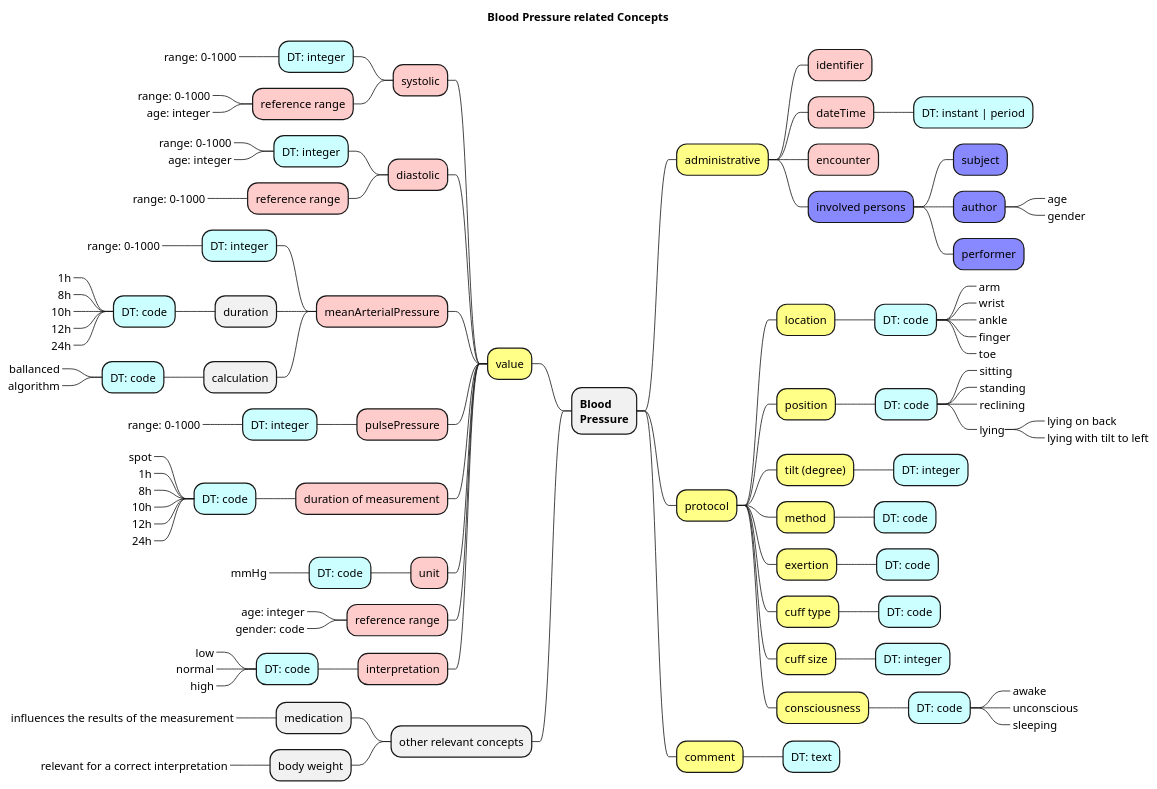
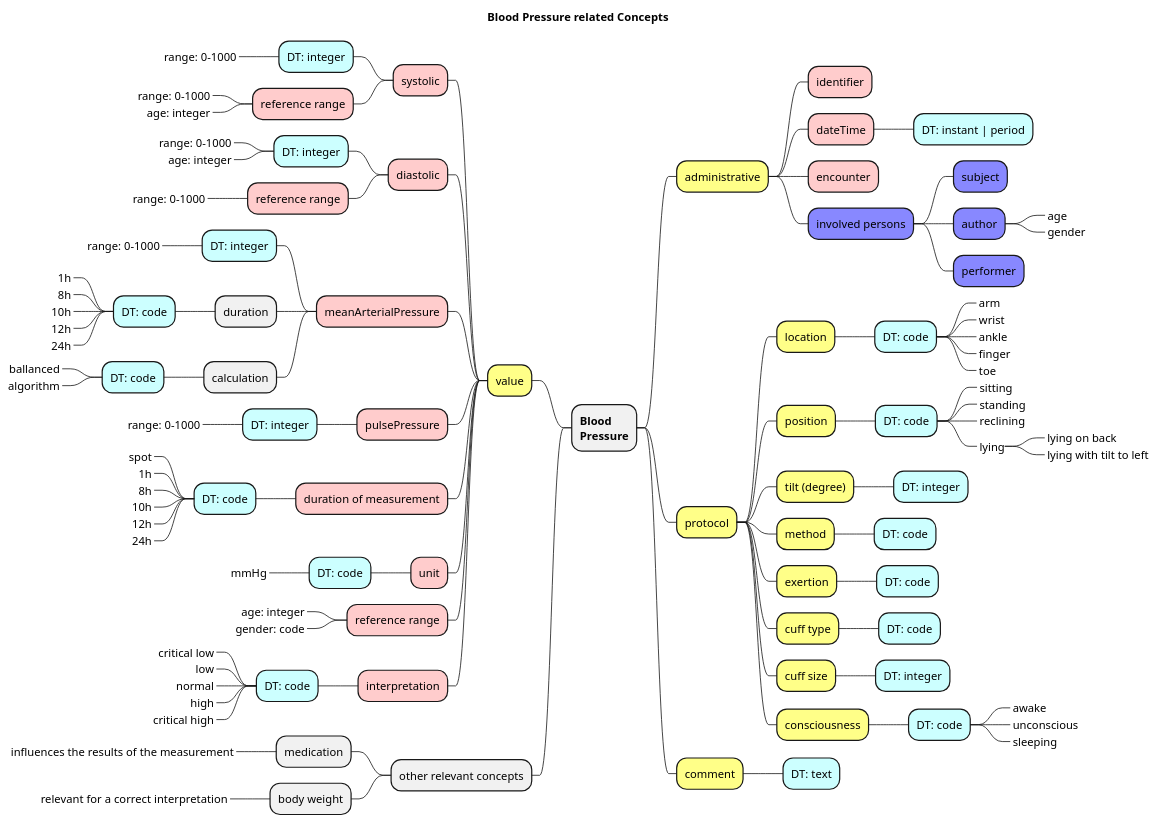
The diagram in input/images-source/bloodpressure_mm.plantuml (frankoemig/vital-signs-demo), drawn with PlantUML before and after one commit. The commit also changed 16 other files, not shown here.

```diff
--- a/input/images-source/bloodpressure_mm.plantuml
+++ b/input/images-source/bloodpressure_mm.plantuml
@@ -1,112 +1,114 @@
 @startmindmap
 
 skinparam svgDimensionStyle false
 
 title Blood Pressure related Concepts
 
 + **Blood** \n**Pressure**
 --[#ff8] value
 ---[#fcc] systolic
 ----[#cff] DT: integer
 -----_ range: 0-1000
 ----[#fcc] reference range
 -----_ range: 0-1000
 -----_ age: integer
 ---[#fcc] diastolic
 ----[#cff] DT: integer
 -----_ range: 0-1000
 -----_ age: integer
 ----[#fcc] reference range
 -----_ range: 0-1000
 ---[#fcc] meanArterialPressure
 ----[#cff] DT: integer
 -----_ range: 0-1000
 ---- duration
 -----[#cff] DT: code
 ------_ 1h
 ------_ 8h
 ------_ 10h
 ------_ 12h
 ------_ 24h
 ---- calculation
 -----[#cff] DT: code
 ------_ ballanced
 ------_ algorithm
 ---[#fcc] pulsePressure
 ----[#cff] DT: integer
 -----_ range: 0-1000
 ---[#fcc] duration of measurement
 ----[#cff] DT: code
 -----_ spot
 -----_ 1h
 -----_ 8h
 -----_ 10h
 -----_ 12h
 -----_ 24h
 ---[#fcc] unit
 ----[#cff] DT: code
 -----_ mmHg
 ---[#fcc] reference range
 ----_ age: integer
 ----_ gender: code
 ---[#fcc] interpretation
 ----[#cff] DT: code
+-----_ critical low
 -----_ low
 -----_ normal
 -----_ high
+-----_ critical high
 
 -- other relevant concepts
 --- medication
 ----_ influences the results of the measurement
 --- body weight
 ----_ relevant for a correct interpretation
 
 ++[#ff8] administrative
 +++[#fcc] identifier
 +++[#fcc] dateTime
 ++++[#cff] DT: instant | period
 +++[#fcc] encounter
 
 +++[#88f] involved persons
 ++++[#88f] subject
 ++++[#88f] author
 +++++_ age
 +++++_ gender
 ++++[#88f] performer
 
 ++[#ff8] protocol
 +++[#ff8] location
 ++++[#cff] DT: code
 +++++_ arm
 +++++_ wrist
 +++++_ ankle
 +++++_ finger
 +++++_ toe
 +++[#ff8] position
 ++++[#cff] DT: code
 +++++_ sitting
 +++++_ standing
 +++++_ reclining
 +++++_ lying
 ++++++_ lying on back
 ++++++_ lying with tilt to left
 +++[#ff8] tilt (degree)
 ++++[#cff] DT: integer
 +++[#ff8] method
 ++++[#cff] DT: code
 +++[#ff8] exertion
 ++++[#cff] DT: code
 +++[#ff8] cuff type
 ++++[#cff] DT: code
 +++[#ff8] cuff size
 ++++[#cff] DT: integer
 +++[#ff8] consciousness
 ++++[#cff] DT: code
 +++++_ awake
 +++++_ unconscious
 +++++_ sleeping
 
 ++[#ff8] comment
 +++[#cff] DT: text
 
 @endmindmap
```
